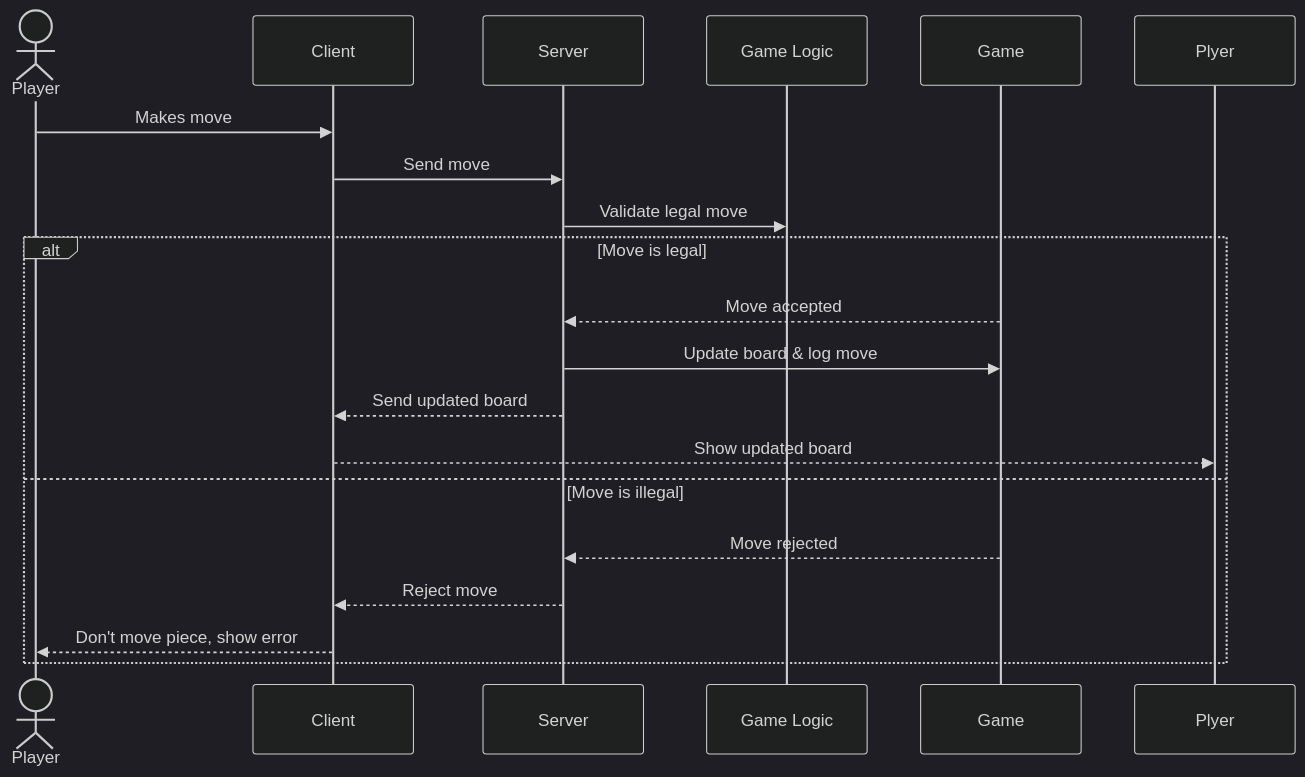
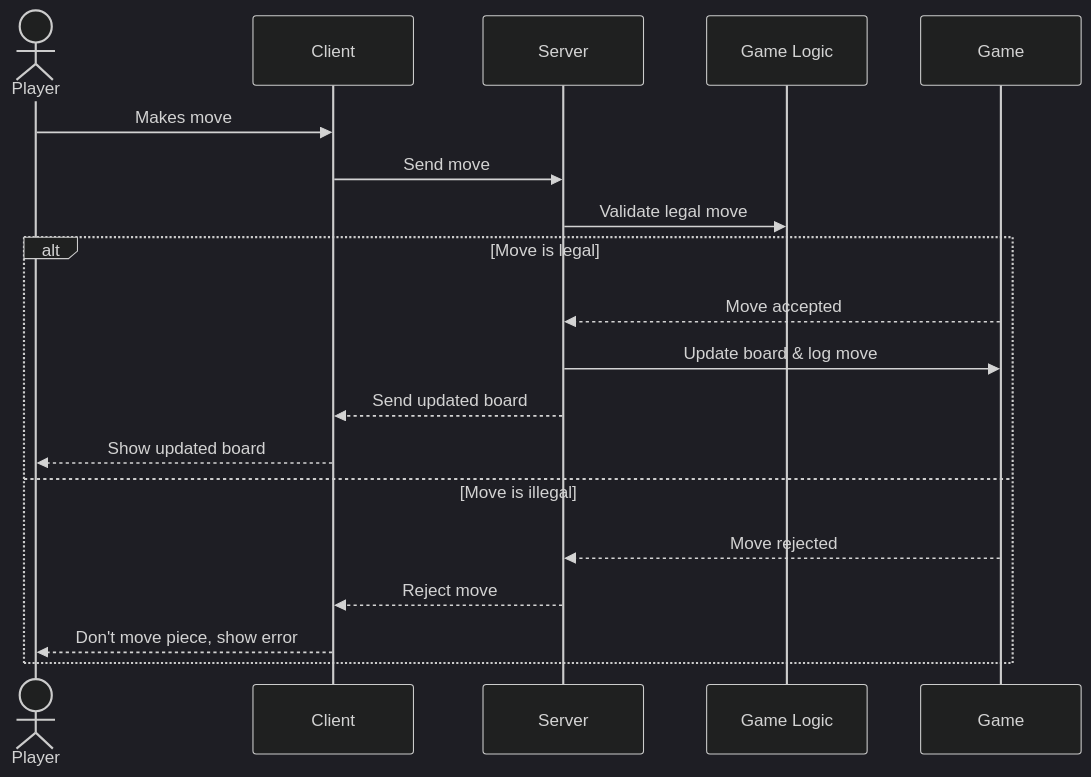
One commit to JaysterNumber1/startup changed the diagram in README.md. Above: the diagram before and after it, drawn with Mermaid (dark theme).

Commit message:
Updated typo in diagram

````diff
--- a/README.md
+++ b/README.md
@@ -37,25 +37,25 @@
 ```mermaid
 sequenceDiagram
     actor Player
     participant Client
     participant Server
     participant GameLogic as Game Logic
 
     %% Player makes a move
     Player->>Client: Makes move
     Client->>Server: Send move
     Server->>GameLogic: Validate legal move
 
     alt Move is legal
         Game-->>Server: Move accepted
         Server->>Game: Update board & log move
         Server-->>Client: Send updated board
-        Client-->>Plyer: Show updated board
+        Client-->>Player: Show updated board
 
     else Move is illegal
         Game-->>Server: Move rejected
         Server-->>Client: Reject move
         Client-->>Player: Don't move piece, show error
     end
-    
+
 ```
````
